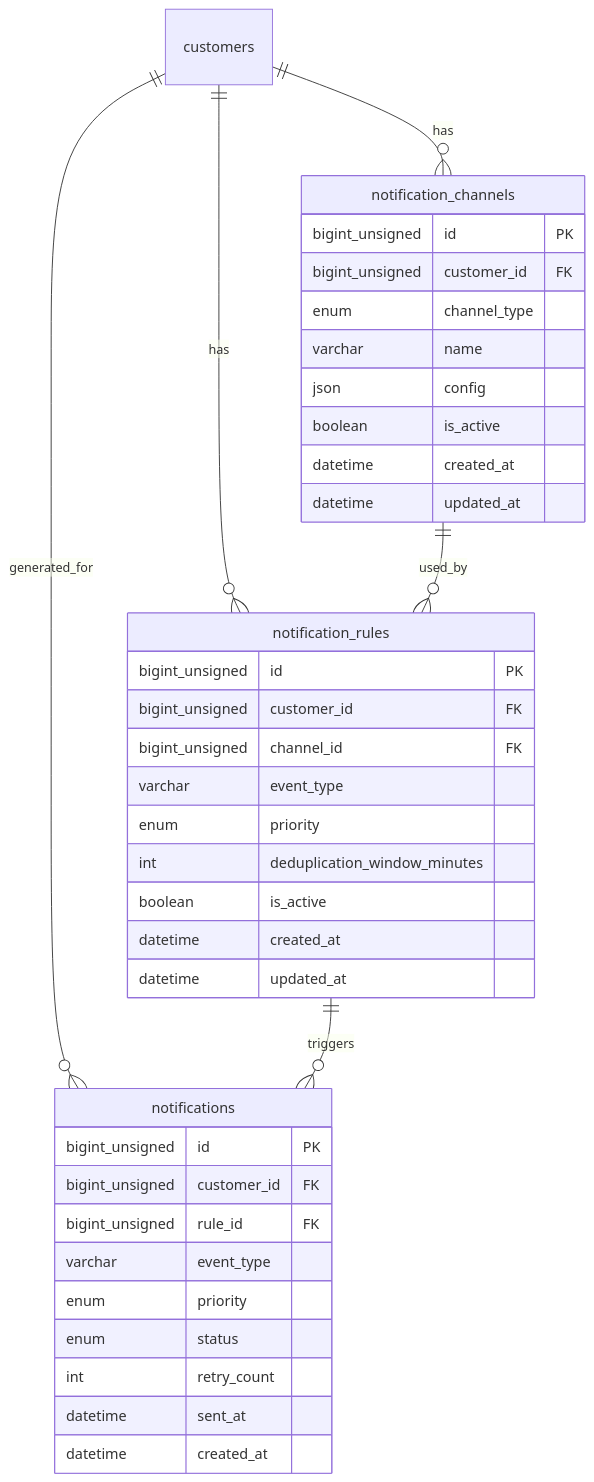
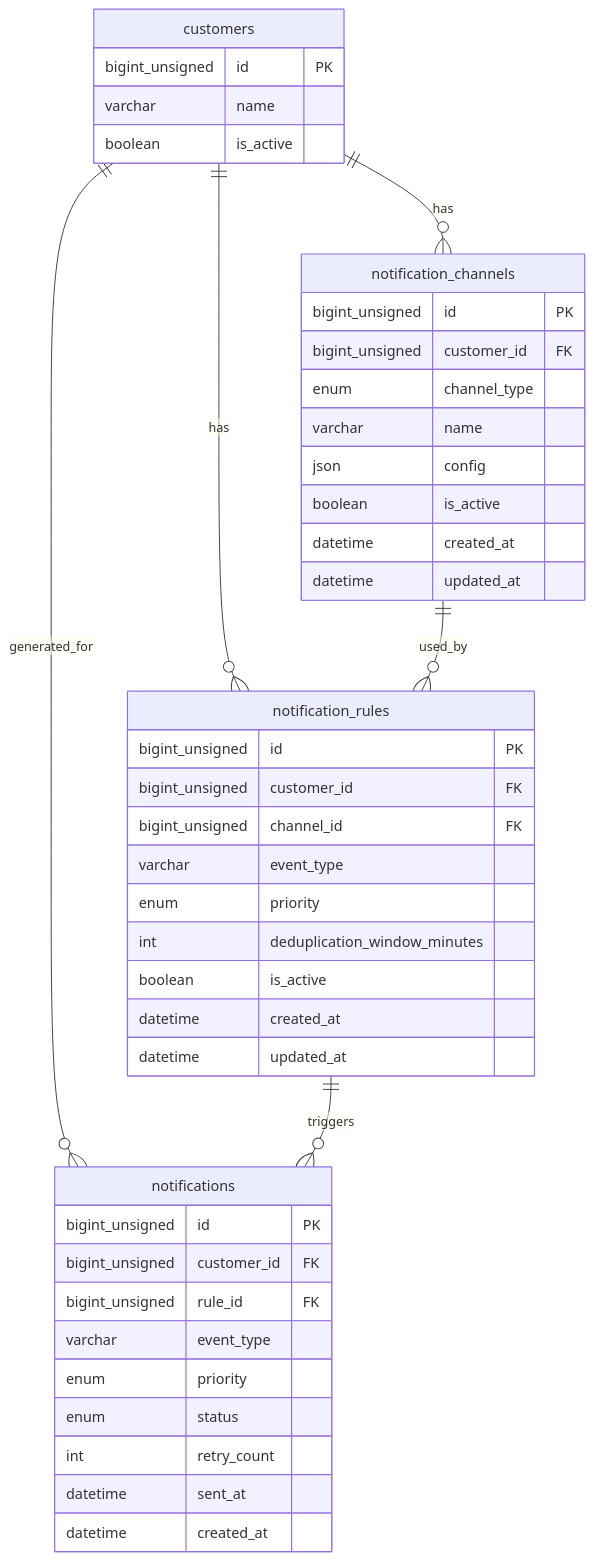
Diagram 18 of 20 in docs/DESIGN.md (kencom2400/MrWebDefence-Design), drawn with Mermaid before and after one commit. The commit also changed other lines of this file, not shown here.

````diff
--- a/docs/DESIGN.md
+++ b/docs/DESIGN.md
@@ -1488,43 +1524,49 @@
 ```mermaid
 erDiagram
     customers ||--o{ notification_channels : "has"
     customers ||--o{ notification_rules : "has"
     customers ||--o{ notifications : "generated_for"
     notification_channels ||--o{ notification_rules : "used_by"
     notification_rules ||--o{ notifications : "triggers"
     
     notification_channels {
         bigint_unsigned id PK
         bigint_unsigned customer_id FK
         enum channel_type
         varchar name
         json config
         boolean is_active
         datetime created_at
         datetime updated_at
     }
     
     notification_rules {
         bigint_unsigned id PK
         bigint_unsigned customer_id FK
         bigint_unsigned channel_id FK
         varchar event_type
         enum priority
         int deduplication_window_minutes
         boolean is_active
         datetime created_at
         datetime updated_at
     }
     
     notifications {
         bigint_unsigned id PK
         bigint_unsigned customer_id FK
         bigint_unsigned rule_id FK
         varchar event_type
         enum priority
         enum status
         int retry_count
         datetime sent_at
         datetime created_at
     }
+    
+    customers {
+        bigint_unsigned id PK
+        varchar name
+        boolean is_active
+    }
 ```
````
